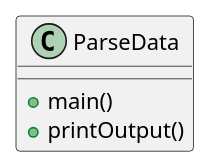
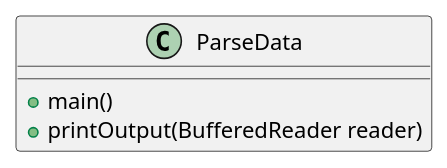
The diagram in src/main/java/ex42/ex42.puml (JesseJ756/JavaPractice), drawn with PlantUML before and after one commit. The commit also changed 4 other files, not shown here.

```diff
--- a/src/main/java/ex42/ex42.puml
+++ b/src/main/java/ex42/ex42.puml
@@ -1,7 +1,7 @@
 @startuml
 'https://plantuml.com/sequence-diagram
 
 ParseData : + main()
-ParseData : + printOutput()
+ParseData : + printOutput(BufferedReader reader)
 
 @enduml
```
